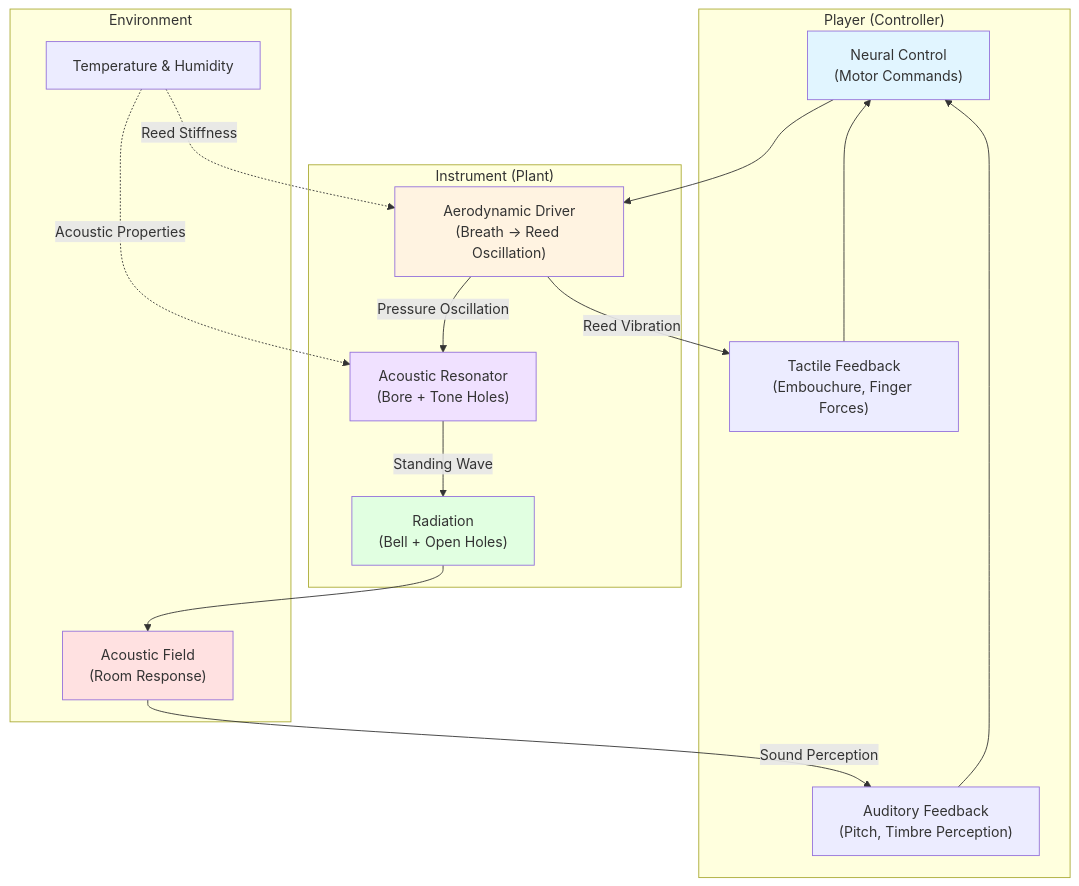
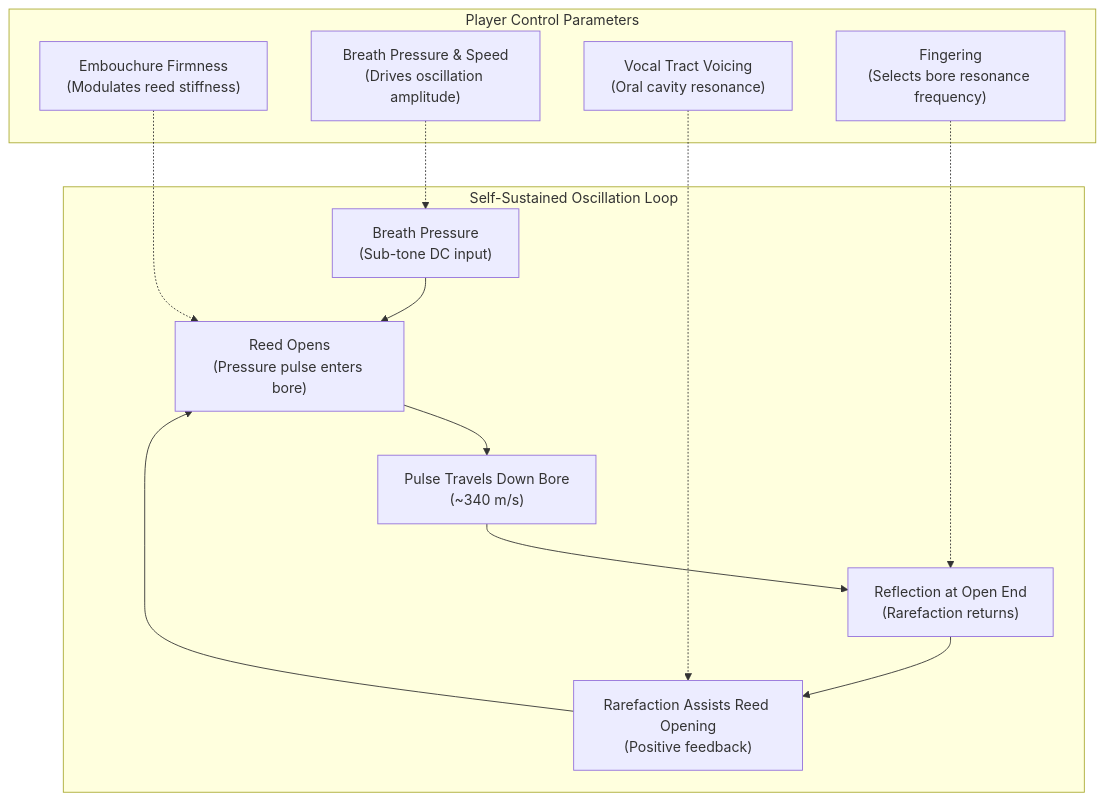
Before and after one commit to blebleblee/synapse: the second of 3 diagrams in topics/arts/music_performance/woodwinds/labs.md, drawn with Mermaid. The commit also changed other lines of this file and 4 other files, not shown here.

````diff
--- a/topics/arts/music_performance/woodwinds/labs.md
+++ b/topics/arts/music_performance/woodwinds/labs.md
@@ -1553,39 +643,24 @@
 ```mermaid
-graph TB
-    subgraph sub_player__controller ["Player (Controller)"]
-        A["Neural Control<br/>(Motor Commands)"]
-        B["Auditory Feedback<br/>(Pitch, Timbre Perception)"]
-        C["Tactile Feedback<br/>(Embouchure, Finger Forces)"]
+graph TD
+    subgraph sub_feedback ["Self-Sustained Oscillation Loop"]
+        A["Breath Pressure<br/>(Sub-tone DC input)"]
+        B["Reed Opens<br/>(Pressure pulse enters bore)"]
+        C["Pulse Travels Down Bore<br/>(~340 m/s)"]
+        D["Reflection at Open End<br/>(Rarefaction returns)"]
+        E["Rarefaction Assists Reed Opening<br/>(Positive feedback)"]
     end
-    
-    subgraph sub_instrument__plant ["Instrument (Plant)"]
-        D["Aerodynamic Driver<br/>(Breath → Reed Oscillation)"]
-        E["Acoustic Resonator<br/>(Bore + Tone Holes)"]
-        F["Radiation<br/>(Bell + Open Holes)"]
+
+    A --> B --> C --> D --> E --> B
+
+    subgraph sub_control ["Player Control Parameters"]
+        F["Embouchure Firmness<br/>(Modulates reed stiffness)"]
+        G["Breath Pressure & Speed<br/>(Drives oscillation amplitude)"]
+        H["Vocal Tract Voicing<br/>(Oral cavity resonance)"]
+        I["Fingering<br/>(Selects bore resonance frequency)"]
     end
-    
-    subgraph sub_environment ["Environment"]
-        G["Acoustic Field<br/>(Room Response)"]
-        H["Temperature & Humidity"]
-    end
-    
-    A --> D
-    D -->|"Pressure Oscillation"| E
-    E -->|"Standing Wave"| F
-    F --> G
-    
-    G -->|"Sound Perception"| B
-    D -->|"Reed Vibration"| C
-    
-    B --> A
-    C --> A
-    
-    H -.->|"Acoustic Properties"| E
-    H -.->|"Reed Stiffness"| D
-    
-    style A fill:#e1f5ff
-    style D fill:#fff3e1
-    style E fill:#f0e1ff
-    style F fill:#e1ffe1
-    style G fill:#ffe1e1
+
+    F -.-> B
+    G -.-> A
+    H -.-> E
+    I -.-> D
 ```
````
